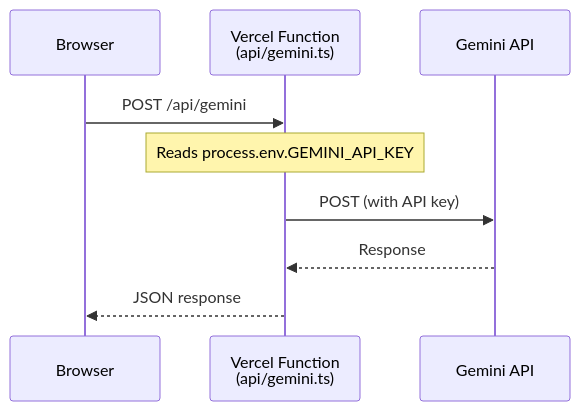
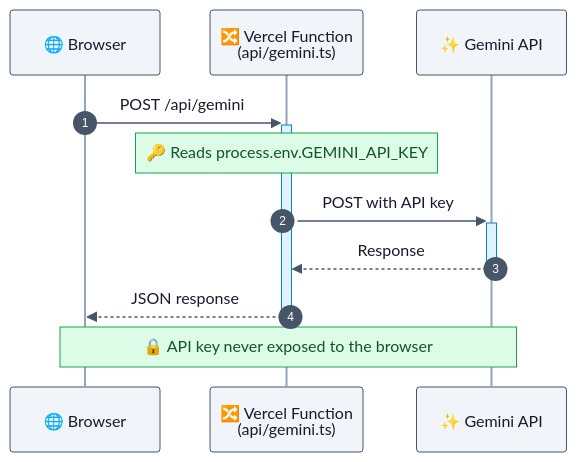
The diagram in docs/diagrams/proxy-flow.mmd (n3wth/collab), drawn with Mermaid before and after one commit. The commit also changed 5 other files, not shown here.

Commit message:
Beautify Mermaid diagrams with custom themes, colors, emojis, and activations

```diff
--- a/docs/diagrams/proxy-flow.mmd
+++ b/docs/diagrams/proxy-flow.mmd
@@ -1,10 +1,15 @@
+%%{init: {'theme': 'base', 'themeVariables': { 'actorBkg': '#f1f5f9', 'actorBorder': '#475569', 'actorTextColor': '#1a1a2e', 'actorLineColor': '#94a3b8', 'signalColor': '#475569', 'signalTextColor': '#1a1a2e', 'noteBkgColor': '#dcfce7', 'noteBorderColor': '#16a34a', 'noteTextColor': '#14532d', 'activationBkgColor': '#e0f2fe', 'activationBorderColor': '#0284c7', 'sequenceNumberColor': '#ffffff' }}}%%
 sequenceDiagram
-    participant Browser
-    participant Vercel as Vercel Function<br/>(api/gemini.ts)
-    participant Gemini as Gemini API
+    autonumber
 
-    Browser->>Vercel: POST /api/gemini
-    Note over Vercel: Reads process.env.GEMINI_API_KEY
-    Vercel->>Gemini: POST (with API key)
-    Gemini-->>Vercel: Response
-    Vercel-->>Browser: JSON response
+    participant B as 🌐 Browser
+    participant V as 🔀 Vercel Function<br/>(api/gemini.ts)
+    participant G as ✨ Gemini API
+
+    B->>+V: POST /api/gemini
+    Note over V: 🔑 Reads process.env.GEMINI_API_KEY
+    V->>+G: POST with API key
+    G-->>-V: Response
+    V-->>-B: JSON response
+
+    Note over B,G: 🔒 API key never exposed to the browser
```
